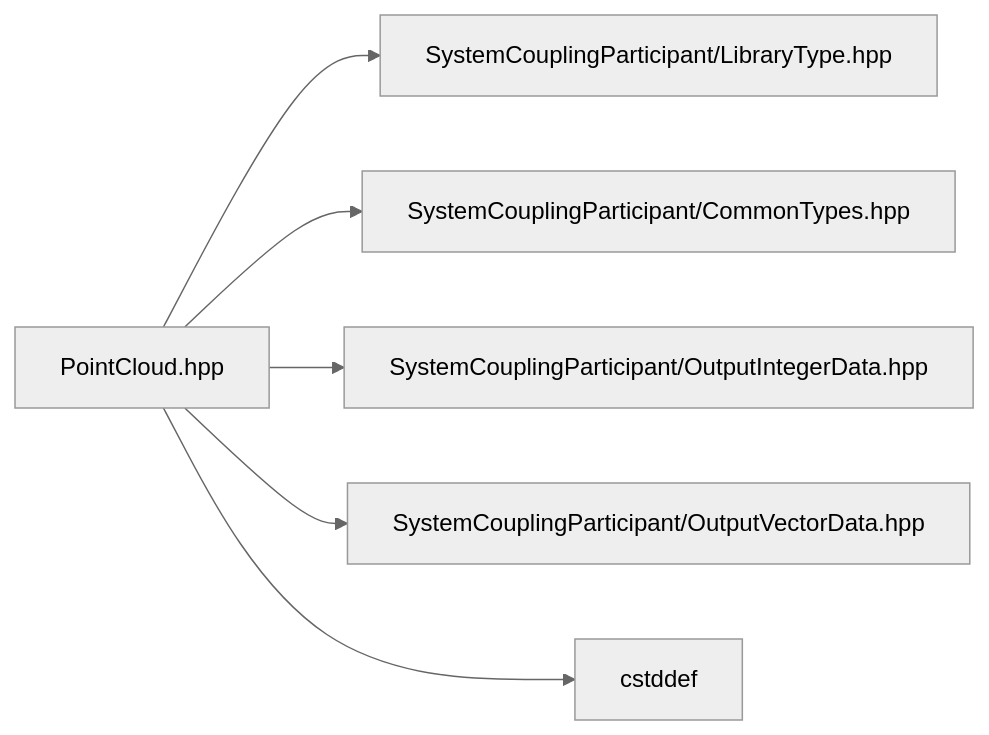
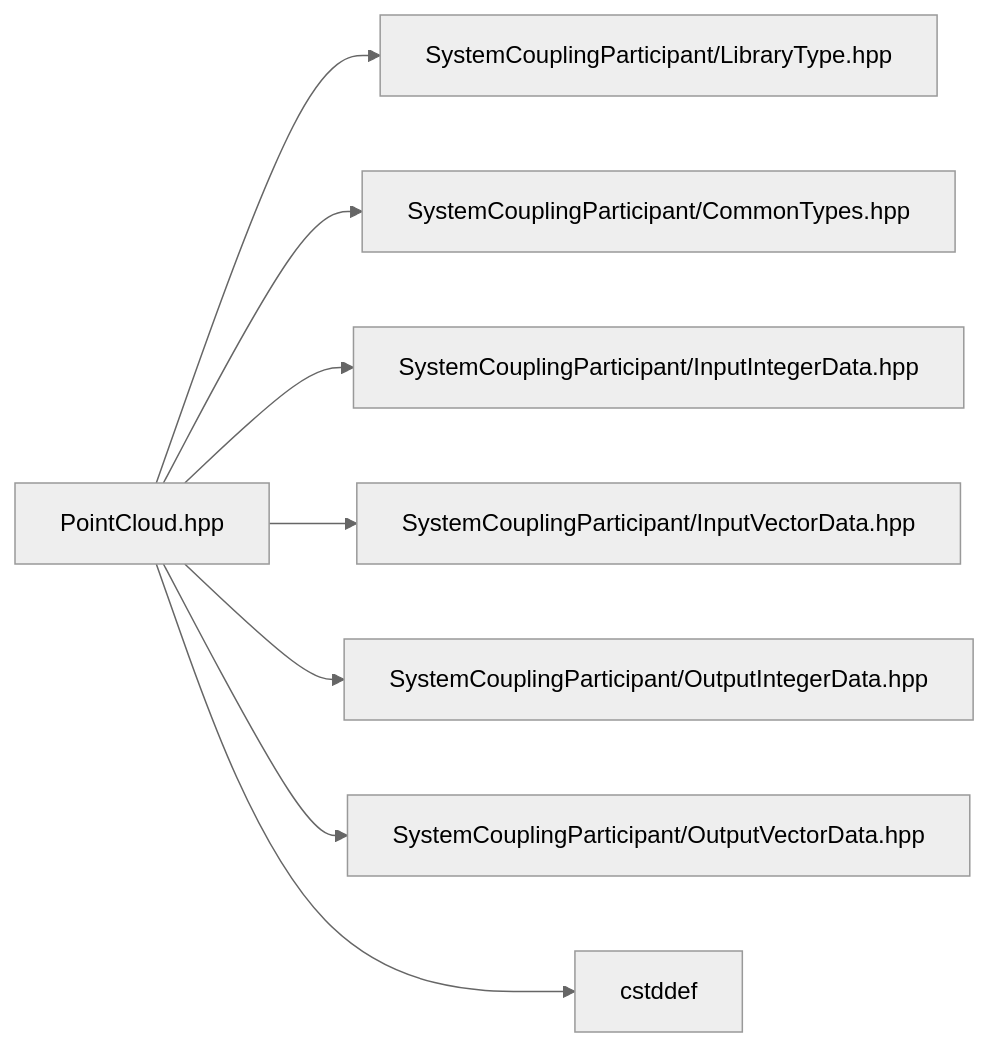
One commit to ansys/DevRelDocs changed the diagram in 2025R2/system-coupling-2025-r2/articles/cpp-reference/PointCloud_8hpp.md. Above: the diagram before and after it, drawn with Mermaid (neutral theme). The commit also changed other lines of this file and 96 other files, not shown here.

Commit message:
update SystemCoupling 252R documentation

````diff
--- a/2025R2/system-coupling-2025-r2/articles/cpp-reference/PointCloud_8hpp.md
+++ b/2025R2/system-coupling-2025-r2/articles/cpp-reference/PointCloud_8hpp.md
@@ -27,21 +30,27 @@
 ```mermaid
 graph LR
+4["SystemCouplingParticipant/InputIntegerData.hpp"]
+
+5["SystemCouplingParticipant/InputVectorData.hpp"]
+
 3["SystemCouplingParticipant/CommonTypes.hpp"]
 
-4["SystemCouplingParticipant/OutputIntegerData.hpp"]
+6["SystemCouplingParticipant/OutputIntegerData.hpp"]
 
-5["SystemCouplingParticipant/OutputVectorData.hpp"]
+7["SystemCouplingParticipant/OutputVectorData.hpp"]
 
 2["SystemCouplingParticipant/LibraryType.hpp"]
 
-6["cstddef"]
+8["cstddef"]
 
 1["PointCloud.hpp"]
 click 1 "PointCloud_8hpp.md#PointCloud_8hpp"
 1 --> 2
 1 --> 3
 1 --> 4
 1 --> 5
 1 --> 6
+1 --> 7
+1 --> 8
 
 ```
````
